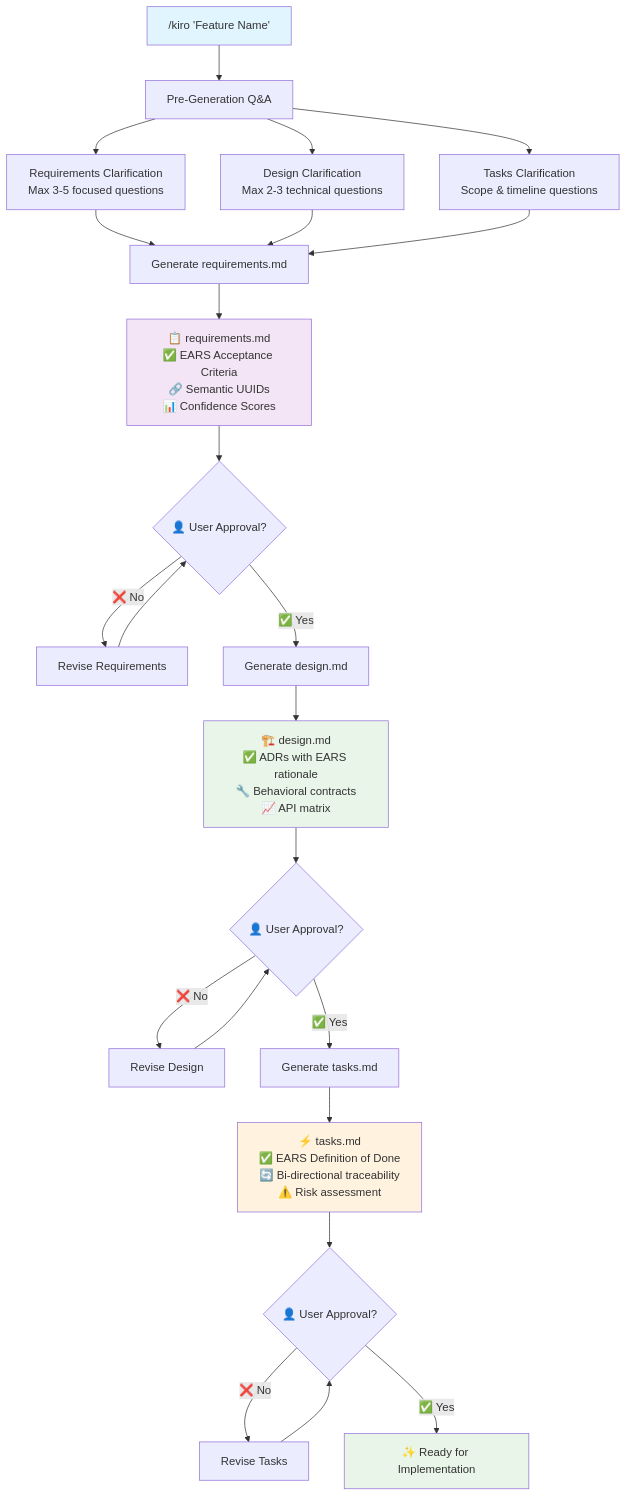
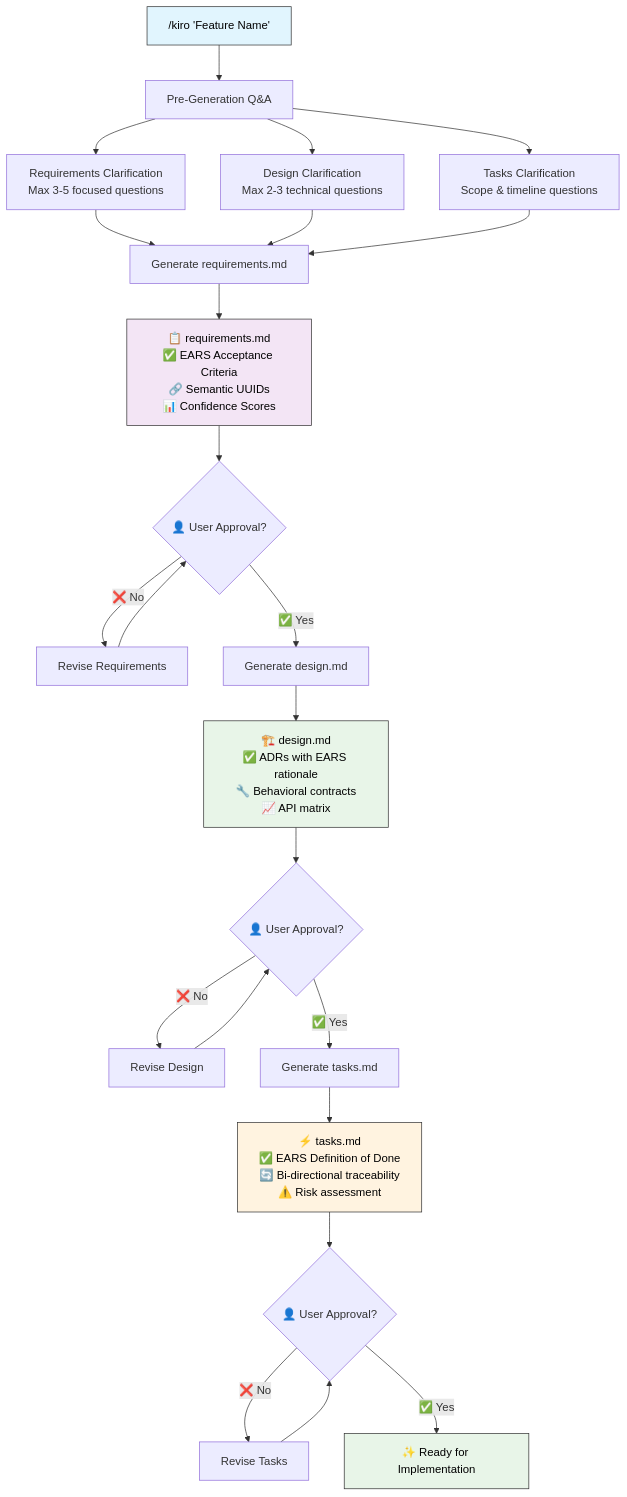
The first of 4 diagrams in README.md (bizzkoot/kiro_style_claude_code), drawn with Mermaid before and after one commit. The commit also changed other lines of this file, not shown here.

Commit message:
Update README.md [mermaid diagram - clearer contrast between box colour & text colour]

````diff
--- a/README.md
+++ b/README.md
@@ -54,35 +54,35 @@
 ```mermaid
 graph TD
     A["/kiro 'Feature Name'"] --> B[Pre-Generation Q&A]
     B --> C[Requirements Clarification<br/>Max 3-5 focused questions]
     B --> D[Design Clarification<br/>Max 2-3 technical questions]
     B --> E[Tasks Clarification<br/>Scope & timeline questions]
     
     C --> F[Generate requirements.md]
     D --> F
     E --> F
     
     F --> G[📋 requirements.md<br/>✅ EARS Acceptance Criteria<br/>🔗 Semantic UUIDs<br/>📊 Confidence Scores]
     G --> H{👤 User Approval?}
     H -->|❌ No| I[Revise Requirements]
     I --> H
     H -->|✅ Yes| J[Generate design.md]
     
     J --> K[🏗️ design.md<br/>✅ ADRs with EARS rationale<br/>🔧 Behavioral contracts<br/>📈 API matrix]
     K --> L{👤 User Approval?}
     L -->|❌ No| M[Revise Design]
     M --> L
     L -->|✅ Yes| N[Generate tasks.md]
     
     N --> O[⚡ tasks.md<br/>✅ EARS Definition of Done<br/>🔄 Bi-directional traceability<br/>⚠️ Risk assessment]
     O --> P{👤 User Approval?}
     P -->|❌ No| Q[Revise Tasks]
     Q --> P
     P -->|✅ Yes| R[✨ Ready for Implementation]
     
-    style A fill:#e1f5fe
-    style G fill:#f3e5f5
-    style K fill:#e8f5e8
-    style O fill:#fff3e0
-    style R fill:#e8f5e8
+    style A fill:#e1f5fe,stroke:#333,stroke-width:1px,color:#000
+    style G fill:#f3e5f5,stroke:#333,stroke-width:1px,color:#000
+    style K fill:#e8f5e8,stroke:#333,stroke-width:1px,color:#000
+    style O fill:#fff3e0,stroke:#333,stroke-width:1px,color:#000
+    style R fill:#e8f5e8,stroke:#333,stroke-width:1px,color:#000
 ```
````
